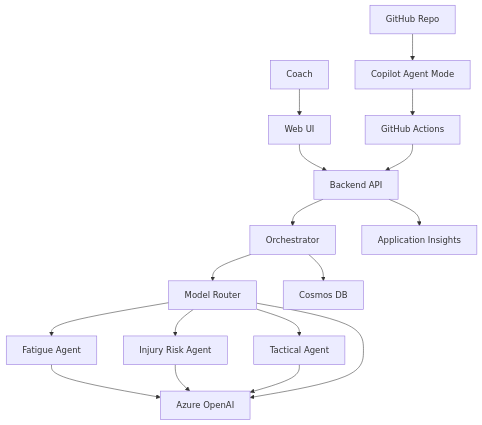
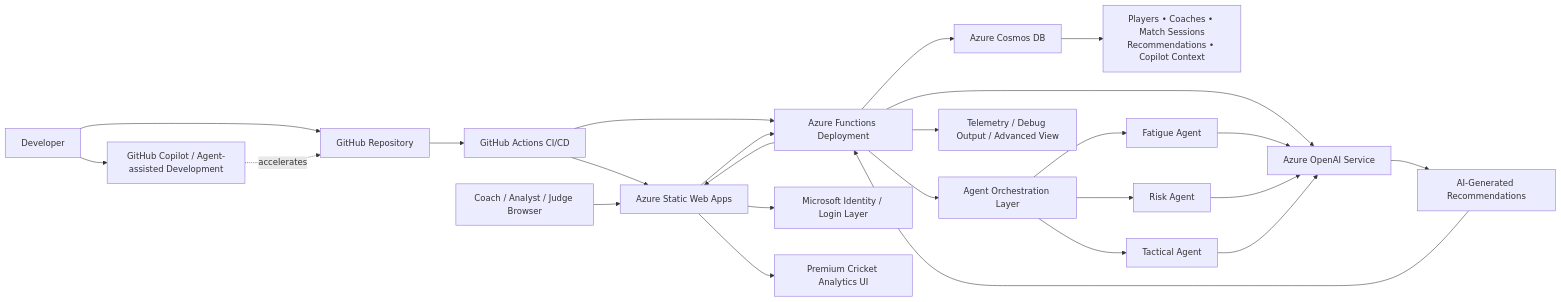
The second of 2 diagrams in README.md (MahroshAtif2005/tactIQ), drawn with Mermaid before and after one commit. The commit also changed other lines of this file, not shown here.

````diff
--- a/README.md
+++ b/README.md
@@ -284,19 +292,35 @@
 ```mermaid
-flowchart TB
-Coach[Coach] --> UI[Web UI]
-UI --> API[Backend API]
-API --> CTX[Orchestrator]
-CTX --> ROUTER[Model Router]
-ROUTER --> FAT[Fatigue Agent]
-ROUTER --> RISK[Injury Risk Agent]
-ROUTER --> TAC[Tactical Agent]
-FAT --> AOAI[Azure OpenAI]
-RISK --> AOAI
-TAC --> AOAI
-ROUTER --> AOAI
-CTX --> COSMOS[Cosmos DB]
-API --> INSIGHTS[Application Insights]
-Repo[GitHub Repo] --> Copilot[Copilot Agent Mode]
-Copilot --> CI[GitHub Actions]
-CI --> API
+flowchart LR
+    DEV[Developer] --> GH[GitHub Repository]
+    DEV --> COP[GitHub Copilot / Agent-assisted Development]
+
+    GH --> CI[GitHub Actions CI/CD]
+    CI --> SWA[Azure Static Web Apps]
+    CI --> FUNC[Azure Functions Deployment]
+
+    USER[Coach / Analyst / Judge Browser] --> SWA
+    SWA --> AUTH[Microsoft Identity / Login Layer]
+    SWA --> FUNC
+
+    FUNC --> AOAI[Azure OpenAI Service]
+    FUNC --> COSMOS[Azure Cosmos DB]
+
+    COSMOS --> STORE[Players • Coaches • Match Sessions<br/>Recommendations • Copilot Context]
+
+    FUNC --> ORCH[Agent Orchestration Layer]
+    ORCH --> AG1[Fatigue Agent]
+    ORCH --> AG2[Risk Agent]
+    ORCH --> AG3[Tactical Agent]
+
+    AG1 --> AOAI
+    AG2 --> AOAI
+    AG3 --> AOAI
+
+    SWA --> UX[Premium Cricket Analytics UI]
+    FUNC --> TELE[Telemetry / Debug Output / Advanced View]
+
+    COP -. accelerates .-> GH
+    AOAI --> RESP[AI-Generated Recommendations]
+    RESP --> FUNC
+    FUNC --> SWA
 ```
````
